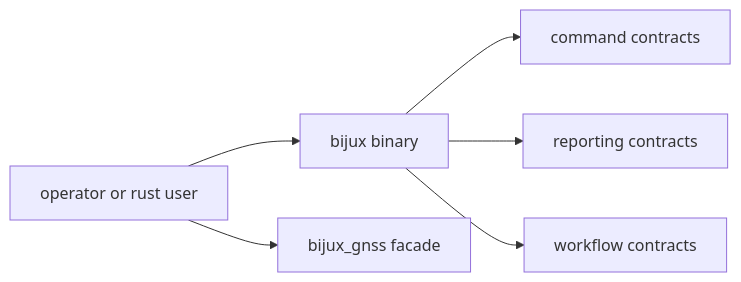
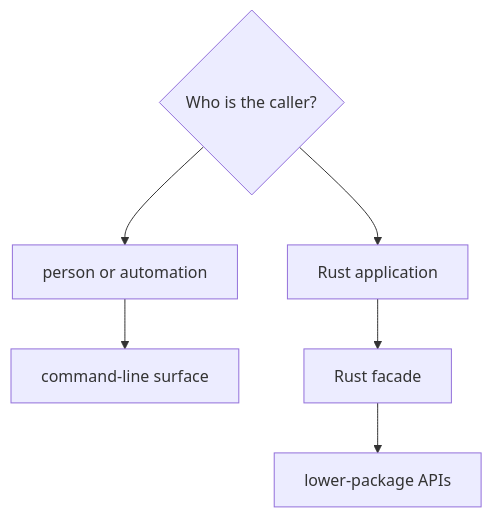
The first of 2 diagrams in docs/01-bijux-gnss/interfaces/index.md (bijux/bijux-telecom), drawn with Mermaid before and after one commit. The commit also changed other lines of this file and 1 other file, not shown here.

Commit message:
docs(command): separate control flow from public contracts

````diff
--- a/docs/01-bijux-gnss/interfaces/index.md
+++ b/docs/01-bijux-gnss/interfaces/index.md
@@ -18,15 +20,12 @@
 ```mermaid
-flowchart LR
-    caller["operator or rust user"]
-    binary["bijux binary"]
-    facade["bijux_gnss facade"]
-    commands["command contracts"]
-    reports["reporting contracts"]
-    workflows["workflow contracts"]
+flowchart TD
+    caller{"Who is the caller?"}
+    operator["person or automation"]
+    rust["Rust application"]
+    binary["command-line surface"]
+    facade["Rust facade"]
+    owners["lower-package APIs"]
 
-    caller --> binary
-    caller --> facade
-    binary --> commands
-    binary --> reports
-    binary --> workflows
+    caller --> operator --> binary
+    caller --> rust --> facade --> owners
 ```
````
